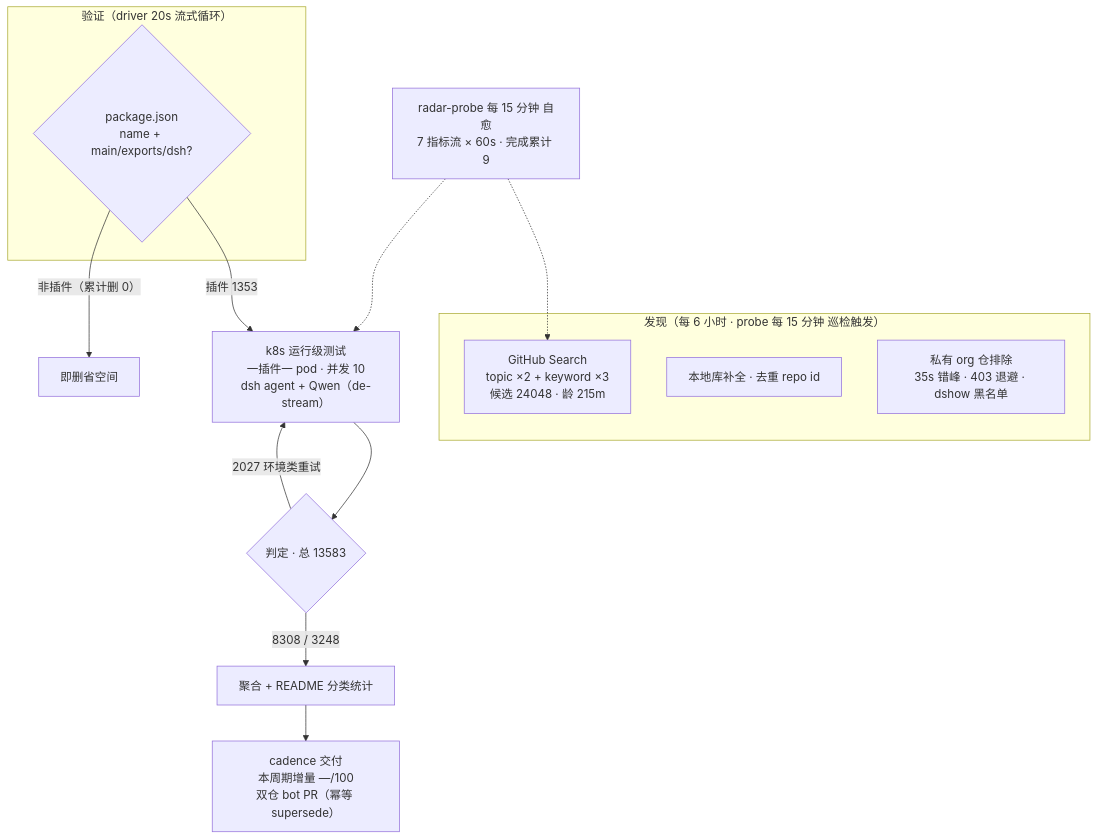
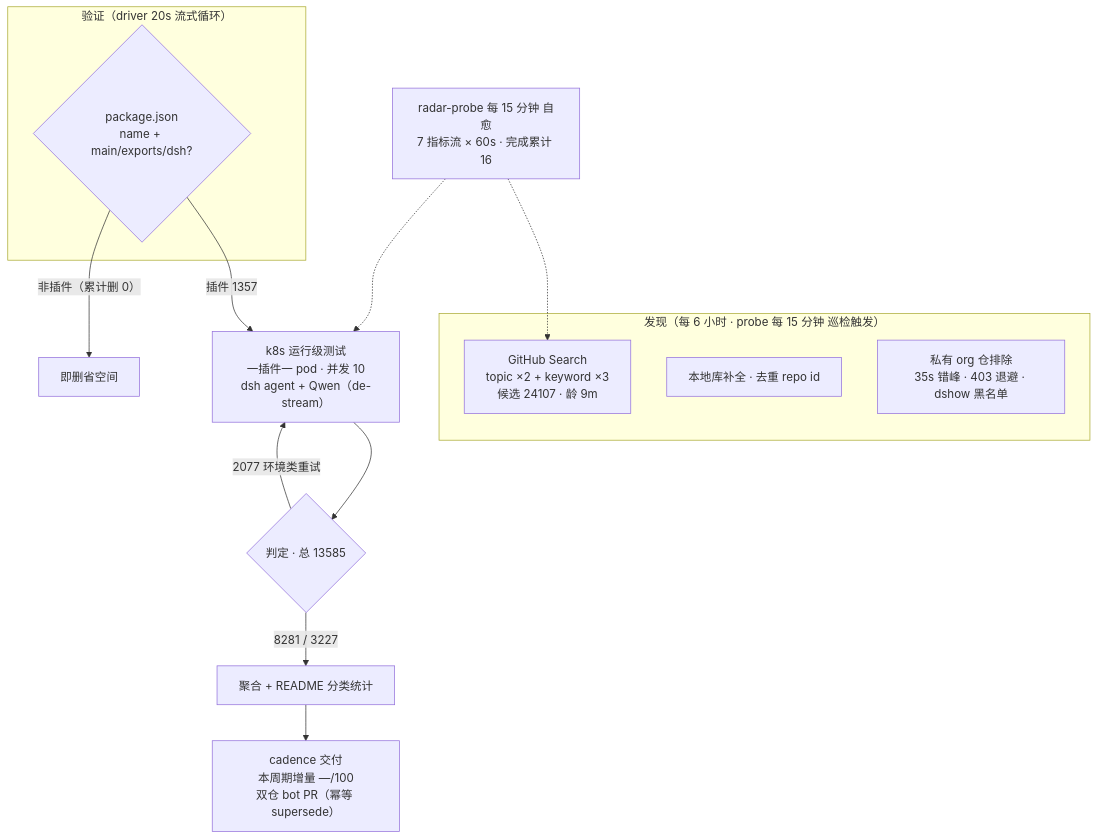
The diagram in README.md (AdamPlatin123/dsh-plugin-radar), drawn with Mermaid before and after one commit. The commit also changed other lines of this file and 15 other files, not shown here.

````diff
--- a/README.md
+++ b/README.md
@@ -98,20 +100,20 @@
 ```mermaid
 flowchart TB
     subgraph Discovery["发现（每 6 小时 · probe 每 15 分钟 巡检触发）"]
-        A1["GitHub Search<br/>topic ×2 + keyword ×3<br/>候选 24048 · 龄 215m"]
+        A1["GitHub Search<br/>topic ×2 + keyword ×3<br/>候选 24107 · 龄 9m"]
         A2["本地库补全 · 去重 repo id"]
         A3["私有 org 仓排除<br/>35s 错峰 · 403 退避 · dshow 黑名单"]
     end
     subgraph Validation["验证（driver 20s 流式循环）"]
         B1{"package.json<br/>name + main/exports/dsh?"}
     end
-    B1 -->|"插件 1353"| C1["k8s 运行级测试<br/>一插件一 pod · 并发 10<br/>dsh agent + Qwen（de-stream）"]
+    B1 -->|"插件 1357"| C1["k8s 运行级测试<br/>一插件一 pod · 并发 10<br/>dsh agent + Qwen（de-stream）"]
     B1 -->|"非插件（累计删 0）"| B3["即删省空间"]
-    C1 --> D1{"判定 · 总 13583"}
-    D1 -->|"8308 / 3248"| E1["聚合 + README 分类统计"]
-    D1 -->|"2027 环境类重试"| C1
+    C1 --> D1{"判定 · 总 13585"}
+    D1 -->|"8281 / 3227"| E1["聚合 + README 分类统计"]
+    D1 -->|"2077 环境类重试"| C1
     E1 --> E2["cadence 交付<br/>本周期增量 —/100<br/>双仓 bot PR（幂等 supersede）"]
-    M["radar-probe 每 15 分钟 自愈<br/>7 指标流 × 60s · 完成累计 9"]
+    M["radar-probe 每 15 分钟 自愈<br/>7 指标流 × 60s · 完成累计 16"]
     M -.-> A1
     M -.-> C1
 ```
````
